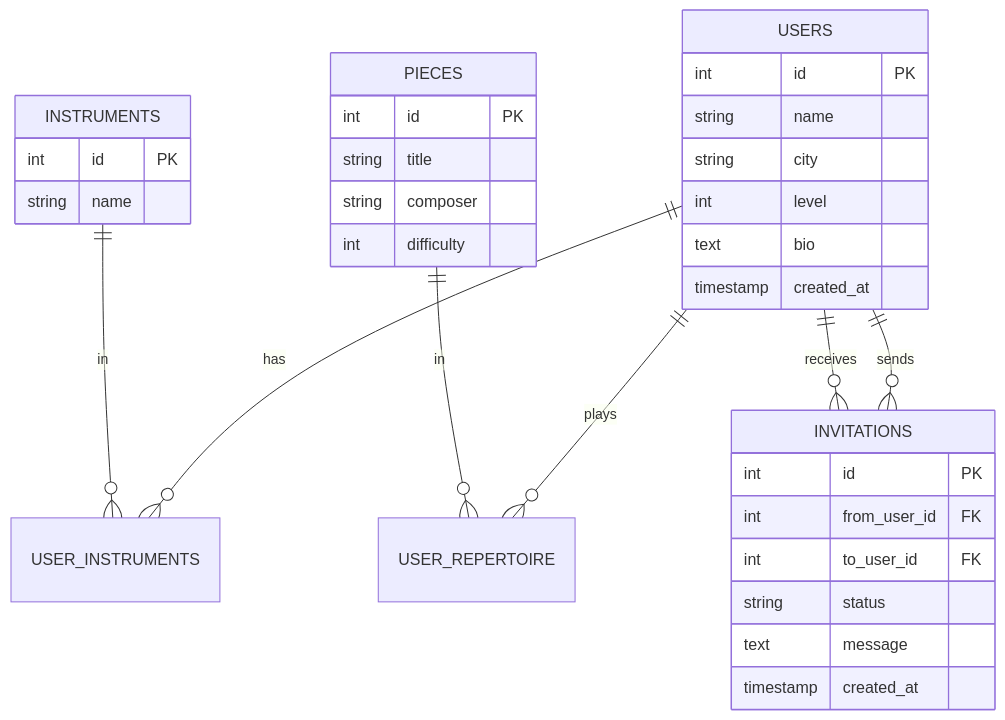
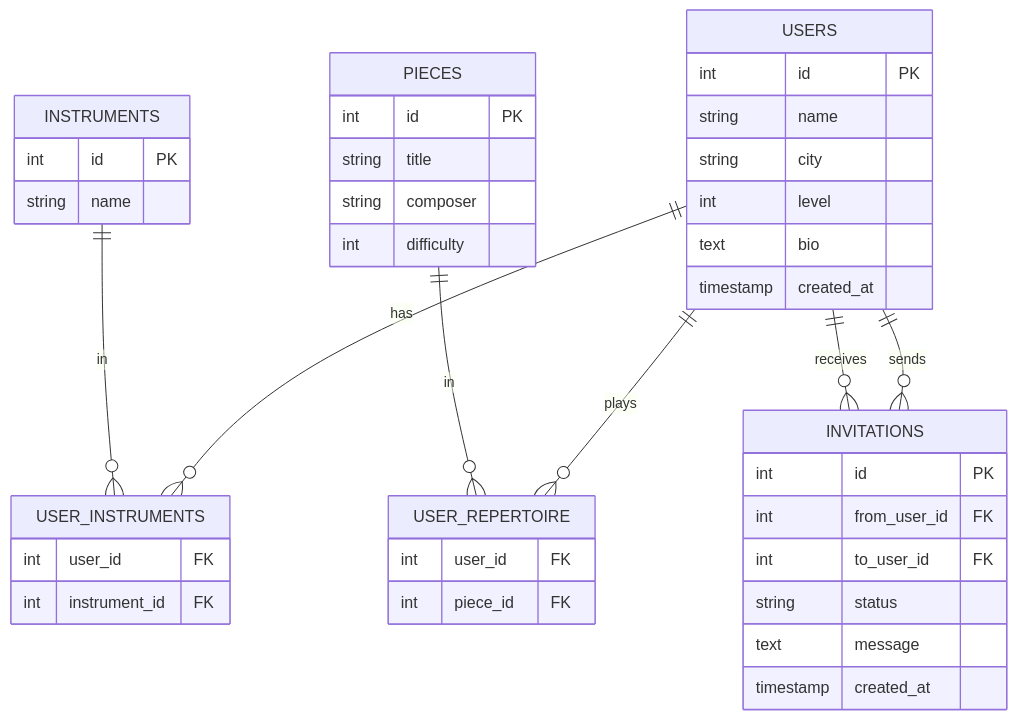
One commit to pilot53201/ensemble-finder changed the second of 2 diagrams in README.md. Above: the diagram before and after it, drawn with Mermaid.

Commit message:
Update README.md
Update of a diagram.

````diff
--- a/README.md
+++ b/README.md
@@ -42,36 +42,44 @@
 ```mermaid
 erDiagram
-    USERS ||--o{ USER_INSTRUMENTS : has
-    INSTRUMENTS ||--o{ USER_INSTRUMENTS : in
-    USERS ||--o{ USER_REPERTOIRE : plays
-    PIECES ||--o{ USER_REPERTOIRE : in
-    USERS ||--o{ INVITATIONS : sends
-    USERS ||--o{ INVITATIONS : receives
+    USERS ||--o{ UI : has
+    INSTRUMENTS ||--o{ UI : in
+    USERS ||--o{ UR : plays
+    PIECES ||--o{ UR : in
+    USERS ||--o{ INV : sends
+    USERS ||--o{ INV : receives
 
     USERS {
         int id PK
         string name
         string city
         int level
         text bio
         timestamp created_at
     }
     INSTRUMENTS {
         int id PK
         string name
     }
     PIECES {
         int id PK
         string title
         string composer
         int difficulty
     }
-    INVITATIONS {
+    UI["USER_INSTRUMENTS"] {
+        int user_id FK
+        int instrument_id FK
+    }
+    UR["USER_REPERTOIRE"] {
+        int user_id FK
+        int piece_id FK
+    }
+    INV["INVITATIONS"] {
         int id PK
         int from_user_id FK
         int to_user_id FK
         string status
         text message
         timestamp created_at
     }
 ```
````
